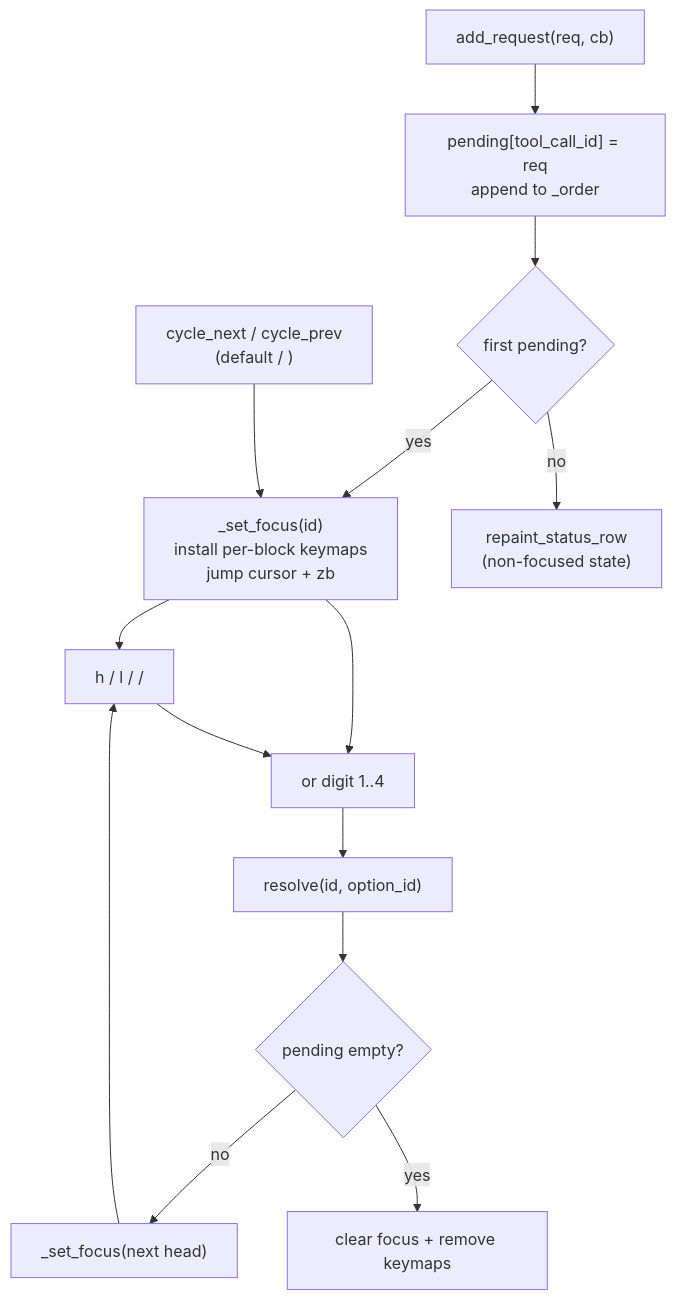
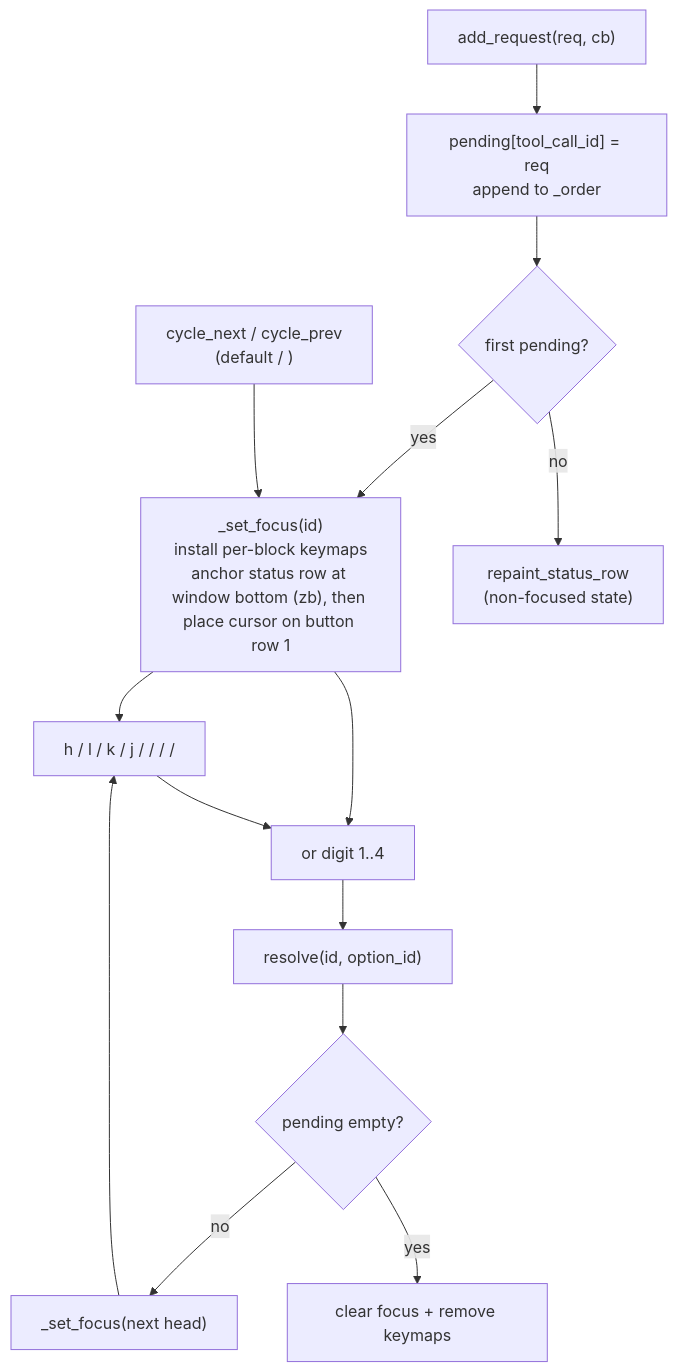
One commit to edmonl/agentic.nvim changed the diagram in docs/adr/0003-inline-permission-buttons.md. Above: the diagram before and after it, drawn with Mermaid. The commit also changed other lines of this file and 10 other files, not shown here.

First line of the commit message:
feat(ui): display permission buttons stacked per row instead of inline (#253)

````diff
--- a/docs/adr/0003-inline-permission-buttons.md
+++ b/docs/adr/0003-inline-permission-buttons.md
@@ -38,26 +47,26 @@
 ```mermaid
 flowchart TD
     Add["add_request(req, cb)"]
     Map["pending[tool_call_id] = req<br/>append to _order"]
     First{first pending?}
-    Focus["_set_focus(id)<br/>install per-block keymaps<br/>jump cursor + zb"]
+    Focus["_set_focus(id)<br/>install per-block keymaps<br/>anchor status row at window bottom (zb), then place cursor on button row 1"]
     Paint["repaint_status_row<br/>(non-focused state)"]
     Cycle["cycle_next / cycle_prev<br/>(default <C-n> / <C-p>)"]
-    Btn["h / l / <Left> / <Right>"]
+    Btn["h / l / k / j / <Left> / <Right> / <Up> / <Down>"]
     Sub["<CR> or digit 1..4"]
     Res["resolve(id, option_id)"]
     Drain{pending empty?}
     NextHead["_set_focus(next head)"]
     Clear["clear focus + remove keymaps"]
 
     Add --> Map --> First
     First -->|yes| Focus
     First -->|no| Paint
     Focus --> Btn
     Focus --> Sub
     Cycle --> Focus
     Btn --> Sub
     Sub --> Res --> Drain
     Drain -->|no| NextHead --> Btn
     Drain -->|yes| Clear
 ```
````
